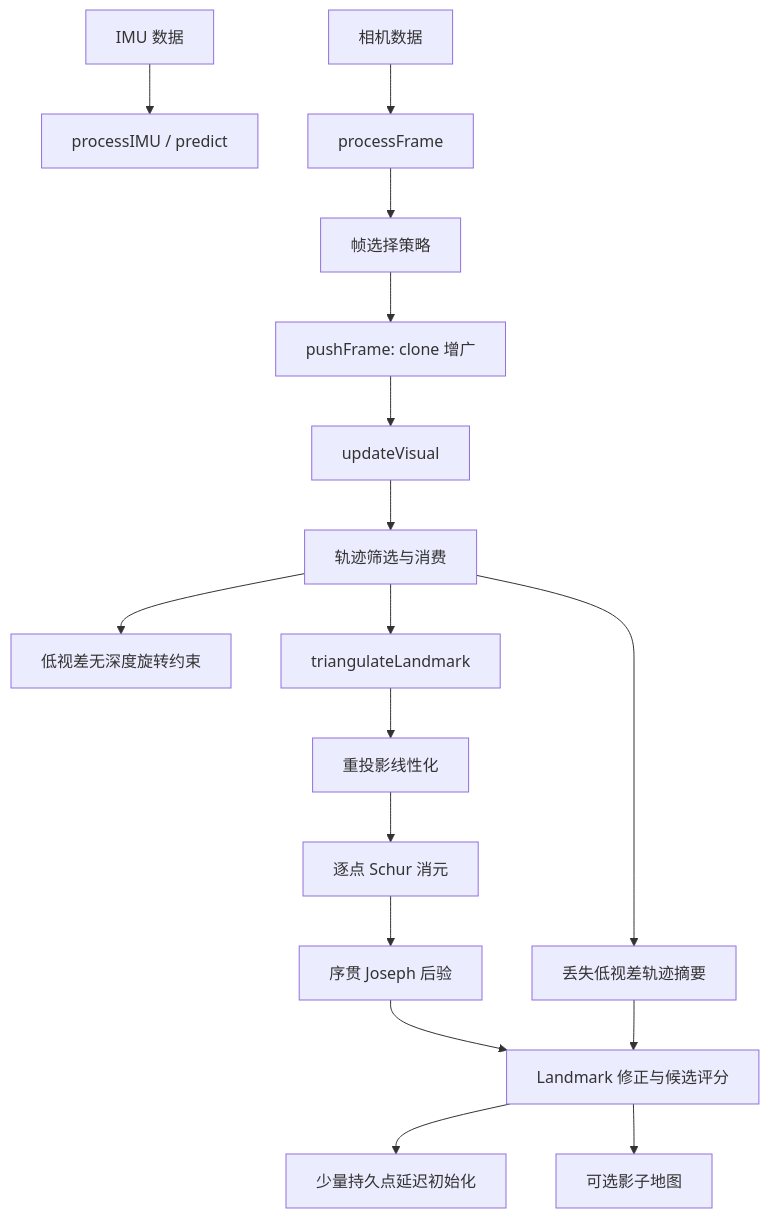
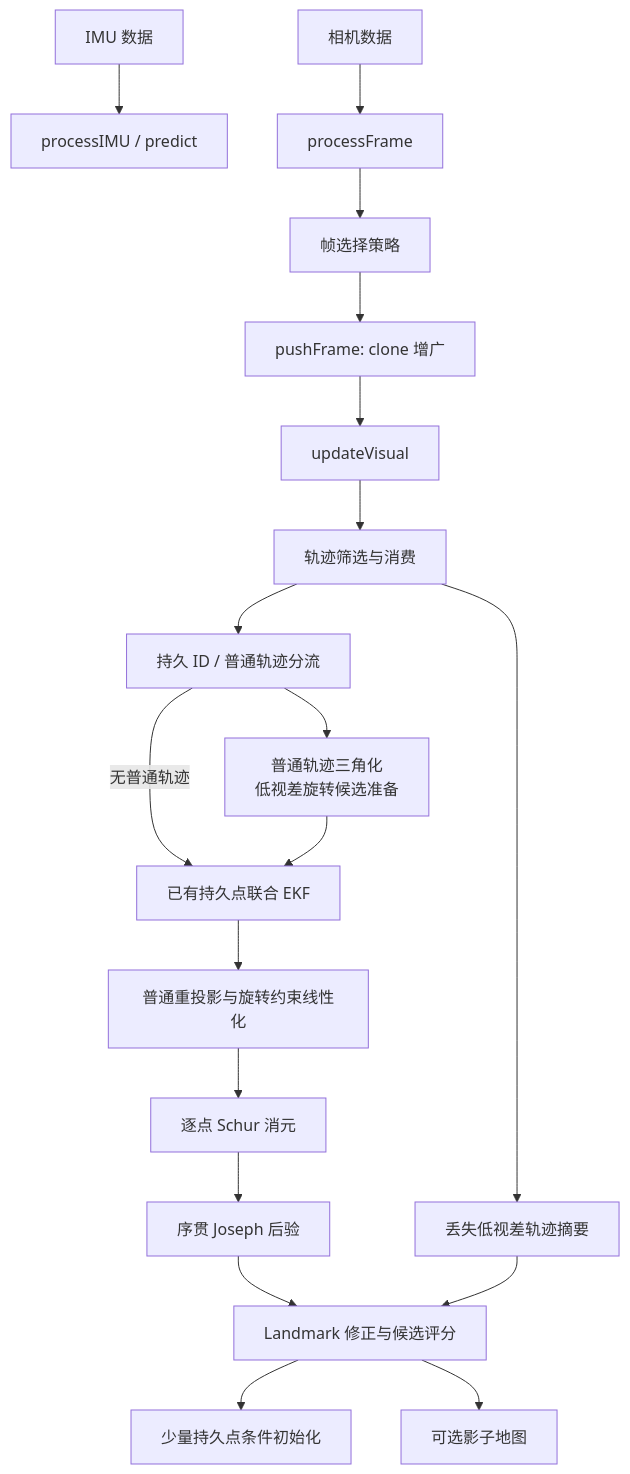
One commit to CainHu/SchurVIO changed the diagram in docs/SOURCE_LAYOUT.md. Above: the diagram before and after it, drawn with Mermaid. The commit also changed other lines of this file and 26 other files, not shown here.

````diff
--- a/docs/SOURCE_LAYOUT.md
+++ b/docs/SOURCE_LAYOUT.md
@@ -33,19 +34,21 @@
 ```mermaid
 flowchart TD
     IMU[IMU 数据] --> PRED[processIMU / predict]
     CAM[相机数据] --> FRAME[processFrame]
     FRAME --> POLICY[帧选择策略]
     POLICY --> CLONE[pushFrame: clone 增广]
     CLONE --> VIS[updateVisual]
     VIS --> TRACK[轨迹筛选与消费]
-    TRACK --> ROT[低视差无深度旋转约束]
-    TRACK --> TRI[triangulateLandmark]
-    TRI --> LIN[重投影线性化]
+    TRACK --> SPLIT[持久 ID / 普通轨迹分流]
+    SPLIT --> PREP[普通轨迹三角化<br/>低视差旋转候选准备]
+    SPLIT -->|无普通轨迹| PUPDATE[已有持久点联合 EKF]
+    PREP --> PUPDATE
+    PUPDATE --> LIN[普通重投影与旋转约束线性化]
     LIN --> SCHUR[逐点 Schur 消元]
     SCHUR --> POST[序贯 Joseph 后验]
     POST --> MAP[Landmark 修正与候选评分]
-    MAP --> PERSIST[少量持久点延迟初始化]
+    MAP --> PERSIST[少量持久点条件初始化]
     TRACK --> ARCHIVE[丢失低视差轨迹摘要]
     ARCHIVE --> MAP
     MAP --> SHADOW[可选影子地图]
 ```
````
